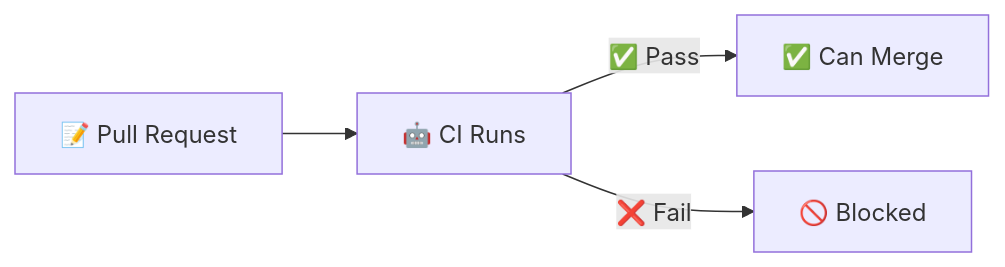
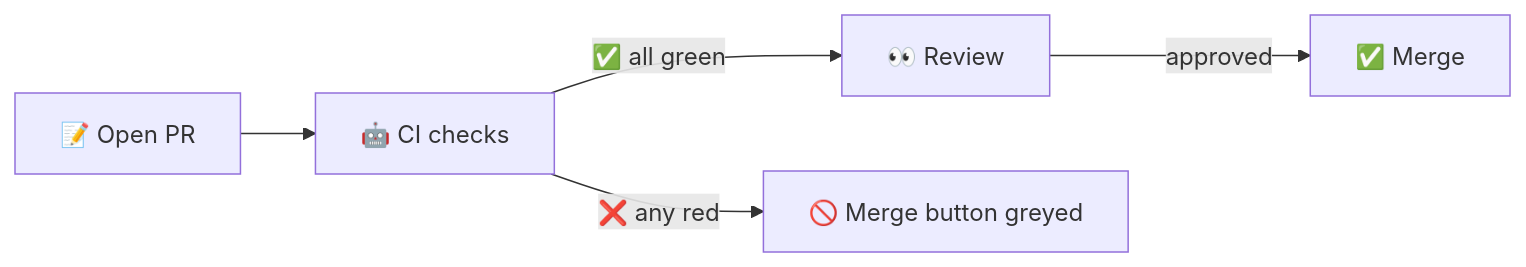
The sixth of 7 diagrams in lectures/lec3.md (inno-devops-labs/DevOps-Core-Course), drawn with Mermaid before and after one commit. The commit also changed other lines of this file and 24 other files, not shown here.

````diff
--- a/lectures/lec3.md
+++ b/lectures/lec3.md
@@ -810,6 +488,7 @@
 ```mermaid
 flowchart LR
-  PR[📝 Pull Request] --> CI[🤖 CI Runs]
-  CI -->|✅ Pass| Merge[✅ Can Merge]
-  CI -->|❌ Fail| Block[🚫 Blocked]
+  PR[📝 Open PR] --> Checks[🤖 CI checks]
+  Checks -->|✅ all green| Review[👀 Review]
+  Review -->|approved| Merge[✅ Merge]
+  Checks -->|❌ any red| Block[🚫 Merge button greyed]
 ```
````
